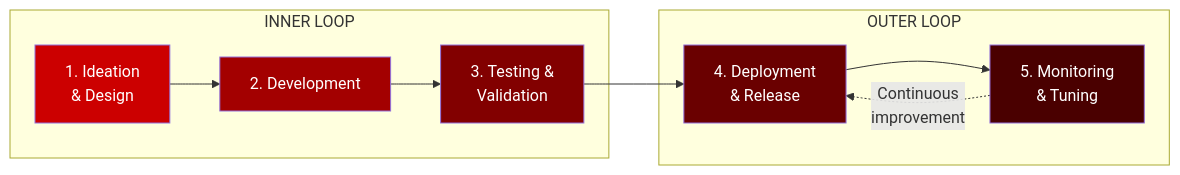
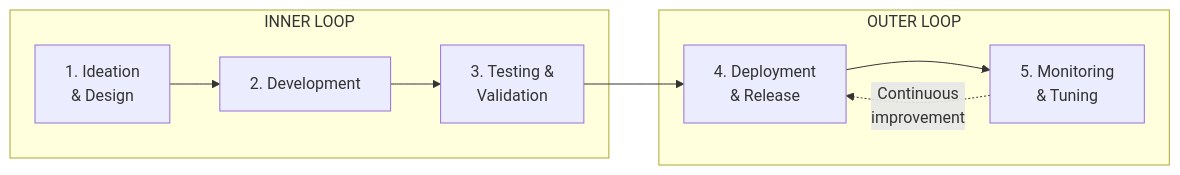
One commit to rrbanda/agent-sandbox-ocp changed the diagram in docs/workshop/01-foundations/03-adlc-inner-outer-loop.md. Above: the diagram before and after it, drawn with Mermaid. The commit also changed other lines of this file and 118 other files, not shown here.

````diff
--- a/docs/workshop/01-foundations/03-adlc-inner-outer-loop.md
+++ b/docs/workshop/01-foundations/03-adlc-inner-outer-loop.md
@@ -20,20 +16,14 @@
 ```mermaid
 flowchart LR
     subgraph Inner["INNER LOOP"]
         A["1. Ideation<br/>& Design"] --> B["2. Development"]
         B --> C["3. Testing &<br/>Validation"]
     end
     
     subgraph Outer["OUTER LOOP"]
         D["4. Deployment<br/>& Release"] --> E["5. Monitoring<br/>& Tuning"]
         E -.->|"Continuous<br/>improvement"| D
     end
     
     C --> D
-    
-    style A fill:#CC0000,color:#FFFFFF
-    style B fill:#A30000,color:#FFFFFF
-    style C fill:#820000,color:#FFFFFF
-    style D fill:#6A0000,color:#FFFFFF
-    style E fill:#4A0000,color:#FFFFFF
 ```
````
